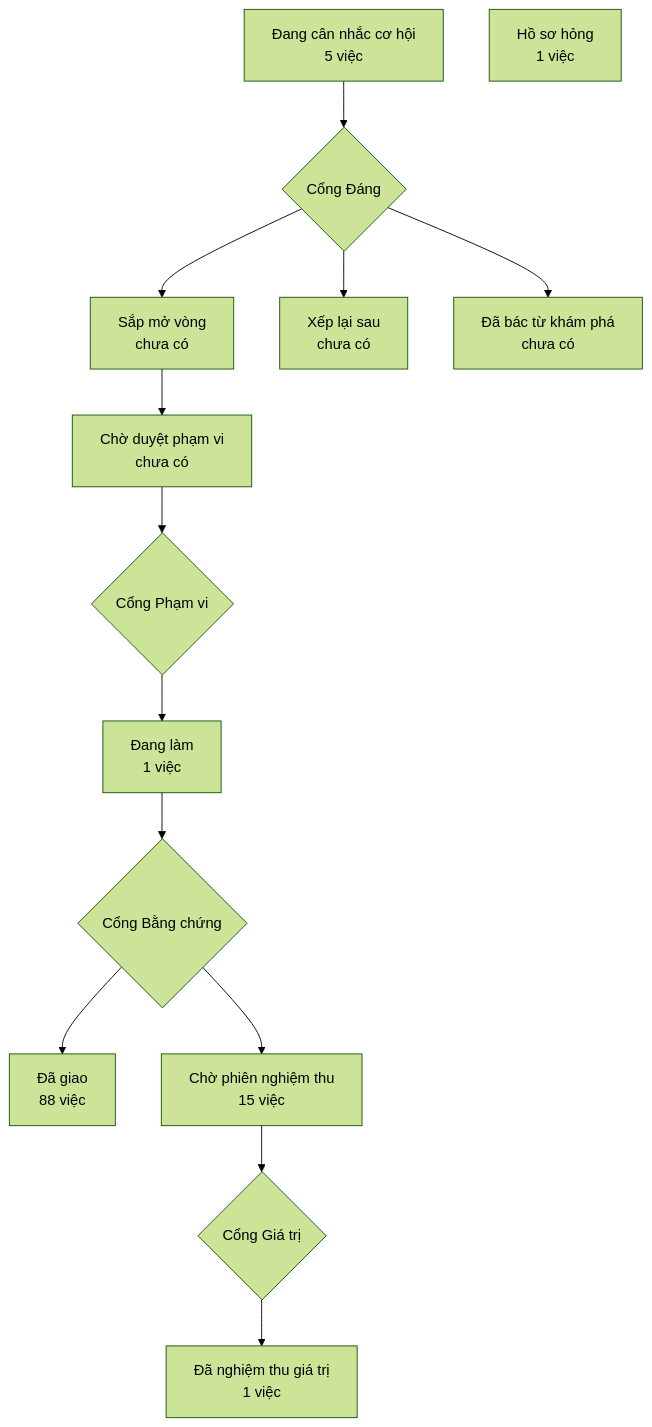
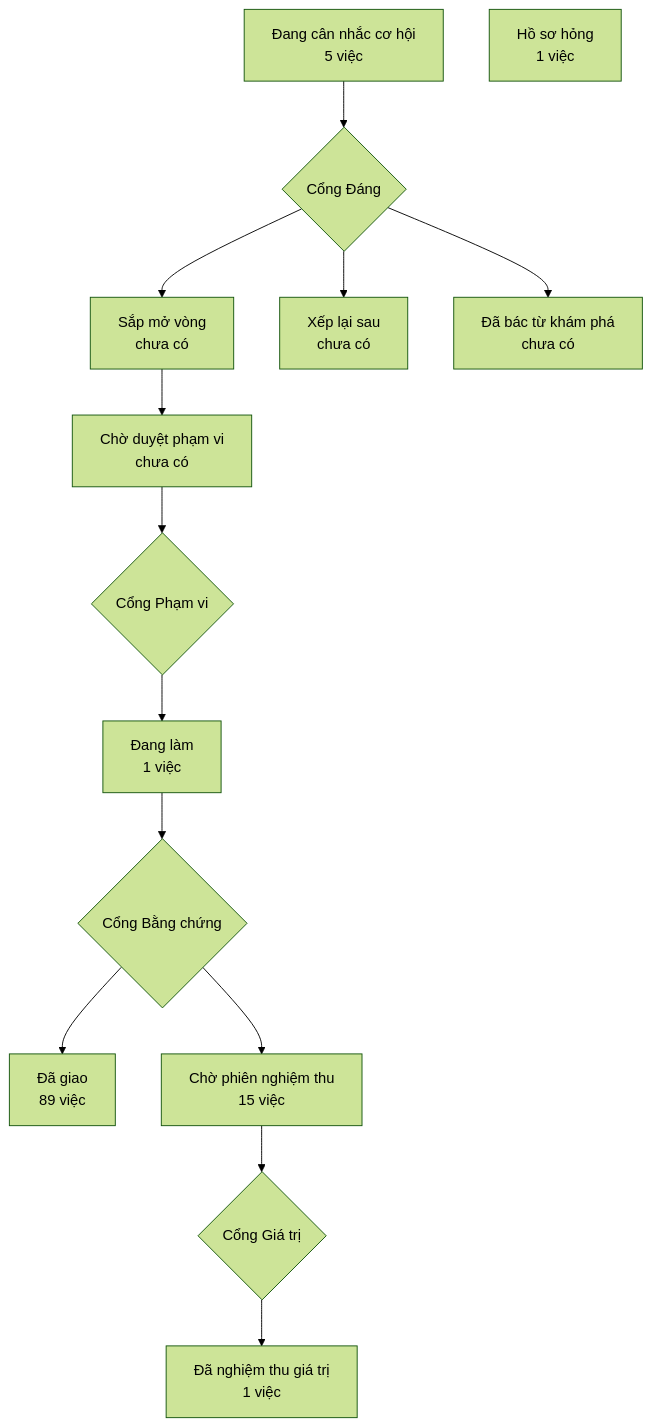
The diagram in PRODUCT-MAP.md (phanlemanh/crm-onehub), drawn with Mermaid (forest theme) before and after one commit. The commit also changed other lines of this file and 6 other files, not shown here.

````diff
--- a/PRODUCT-MAP.md
+++ b/PRODUCT-MAP.md
@@ -6,13 +6,13 @@
 ```mermaid
 flowchart TD
   A["Đang cân nhắc cơ hội<br/>5 việc"] --> GD{"Cổng Đáng"}
   GD --> B["Sắp mở vòng<br/>chưa có"]
   GD --> XL["Xếp lại sau<br/>chưa có"]
   GD --> DB["Đã bác từ khám phá<br/>chưa có"]
   B --> CD["Chờ duyệt phạm vi<br/>chưa có"] --> GP{"Cổng Phạm vi"}
   GP --> DL["Đang làm<br/>1 việc"] --> GB{"Cổng Bằng chứng"}
-  GB --> DG["Đã giao<br/>88 việc"]
+  GB --> DG["Đã giao<br/>89 việc"]
   GB --> CN["Chờ phiên nghiệm thu<br/>15 việc"] --> GG{"Cổng Giá trị"}
   GG --> NT["Đã nghiệm thu giá trị<br/>1 việc"]
   HS["Hồ sơ hỏng<br/>1 việc"]
 ```
````
